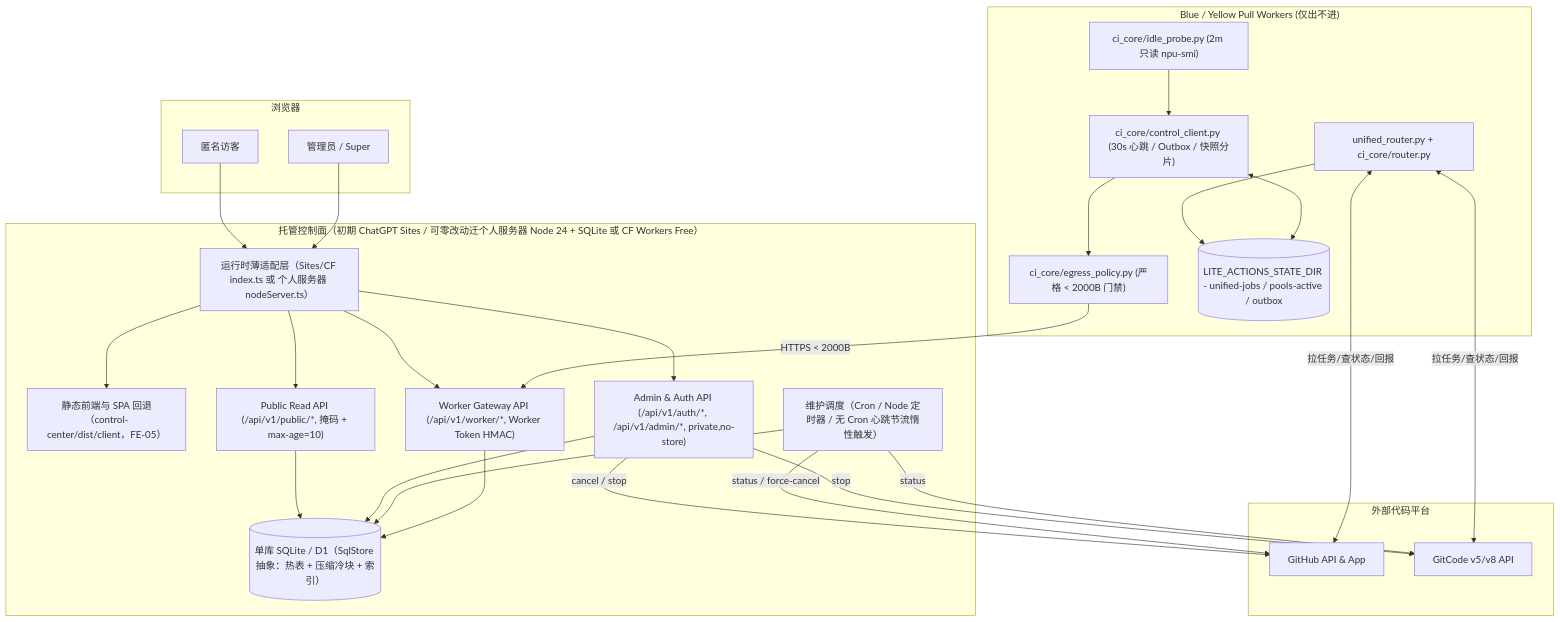
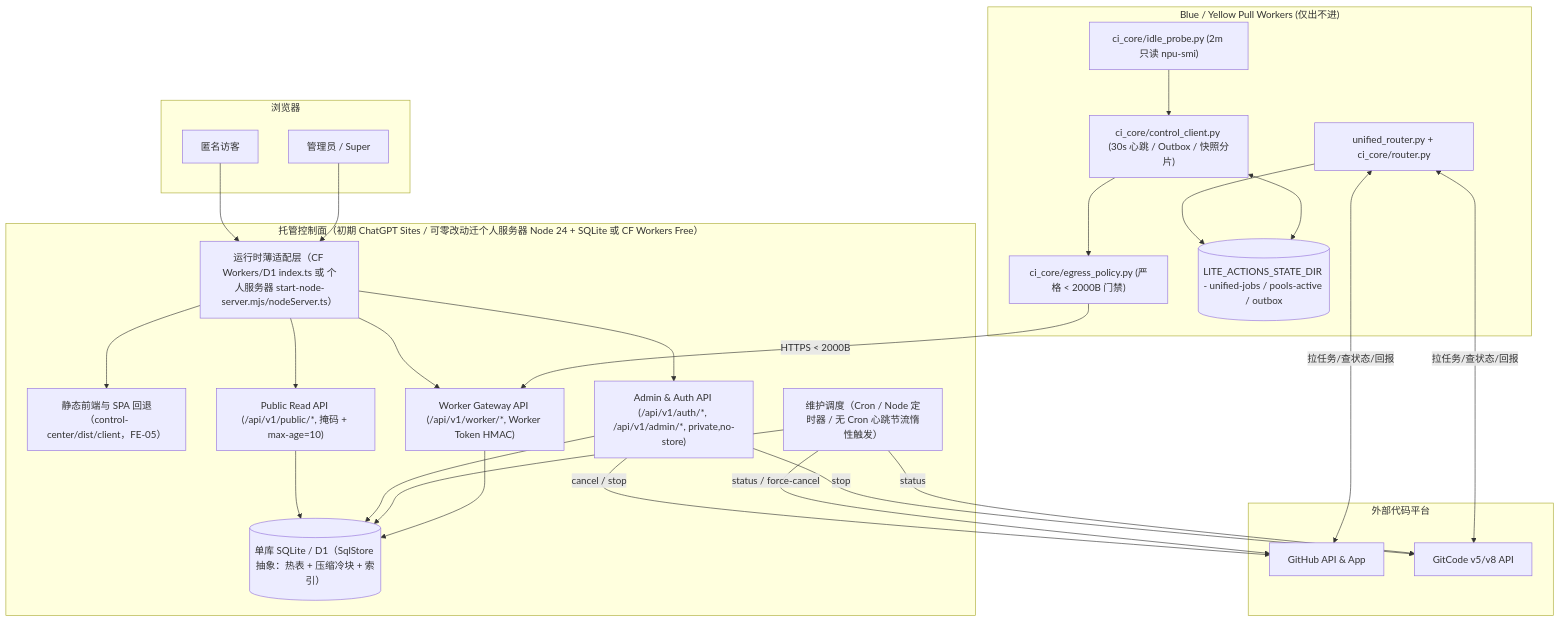
The diagram in control-center/docs/DESIGN.md (depeng1994/lite-actions), drawn with Mermaid before and after one commit. The commit also changed other lines of this file and 5 other files, not shown here.

````diff
--- a/control-center/docs/DESIGN.md
+++ b/control-center/docs/DESIGN.md
@@ -245,53 +245,53 @@
 ```mermaid
 flowchart TB
     subgraph Browser["浏览器"]
         PUB["匿名访客"]
         ADM["管理员 / Super"]
     end
 
     subgraph HOST["托管控制面（初期 ChatGPT Sites / 可零改动迁个人服务器 Node 24 + SQLite 或 CF Workers Free）"]
-        ADAPTER["运行时薄适配层（Sites/CF index.ts 或 个人服务器 nodeServer.ts）"]
+        ADAPTER["运行时薄适配层（CF Workers/D1 index.ts 或 个人服务器 start-node-server.mjs/nodeServer.ts）"]
         ASSETS["静态前端与 SPA 回退（control-center/dist/client，FE-05）"]
         PUB_API["Public Read API (/api/v1/public/*, 掩码 + max-age=10)"]
         ADM_API["Admin & Auth API (/api/v1/auth/*, /api/v1/admin/*, private,no-store)"]
         W_API["Worker Gateway API (/api/v1/worker/*, Worker Token HMAC)"]
         MAINT["维护调度（Cron / Node 定时器 / 无 Cron 心跳节流惰性触发）"]
         DB[("单库 SQLite / D1（SqlStore 抽象：热表 + 压缩冷块 + 索引）")]
     end
 
     subgraph Workers["Blue / Yellow Pull Workers (仅出不进)"]
         ROUTER["unified_router.py + ci_core/router.py"]
         CTRL["ci_core/control_client.py (30s 心跳 / Outbox / 快照分片)"]
         PROBE["ci_core/idle_probe.py (2m 只读 npu-smi)"]
         EGRESS["ci_core/egress_policy.py (严格 < 2000B 门禁)"]
         STATE[("LITE_ACTIONS_STATE_DIR - unified-jobs / pools-active / outbox")]
     end
 
     subgraph Platforms["外部代码平台"]
         GH["GitHub API & App"]
         GC["GitCode v5/v8 API"]
     end
 
     PUB --> ADAPTER
     ADM --> ADAPTER
     ADAPTER --> ASSETS
     ADAPTER --> PUB_API
     ADAPTER --> ADM_API
     ADAPTER --> W_API
     PUB_API --> DB
     ADM_API --> DB
     ADM_API -->|cancel / stop| GH
     ADM_API -->|stop| GC
     MAINT --> DB
     MAINT -->|status / force-cancel| GH
     MAINT -->|status| GC
     W_API --> DB
 
     ROUTER --> STATE
     ROUTER <-->|拉任务/查状态/回报| GH
     ROUTER <-->|拉任务/查状态/回报| GC
     CTRL --> EGRESS
     EGRESS -->|HTTPS < 2000B| W_API
     PROBE --> CTRL
     CTRL <--> STATE
 ```
````
